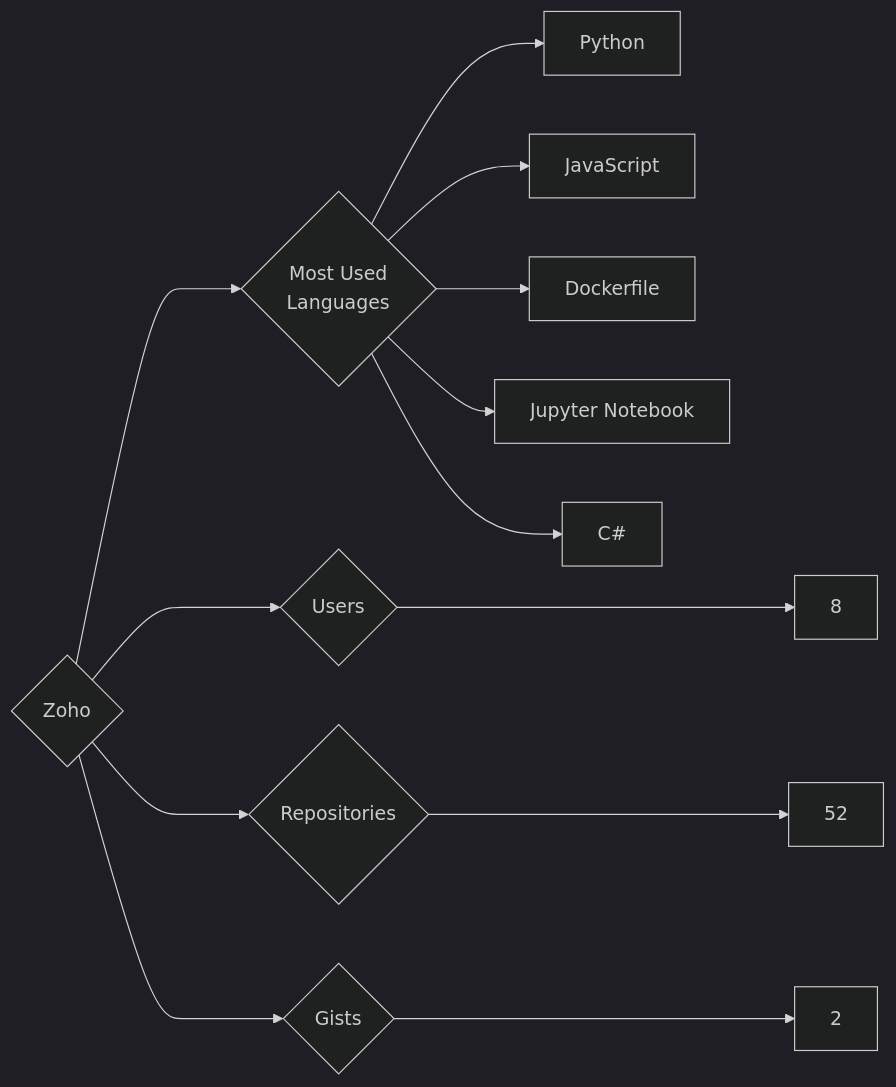
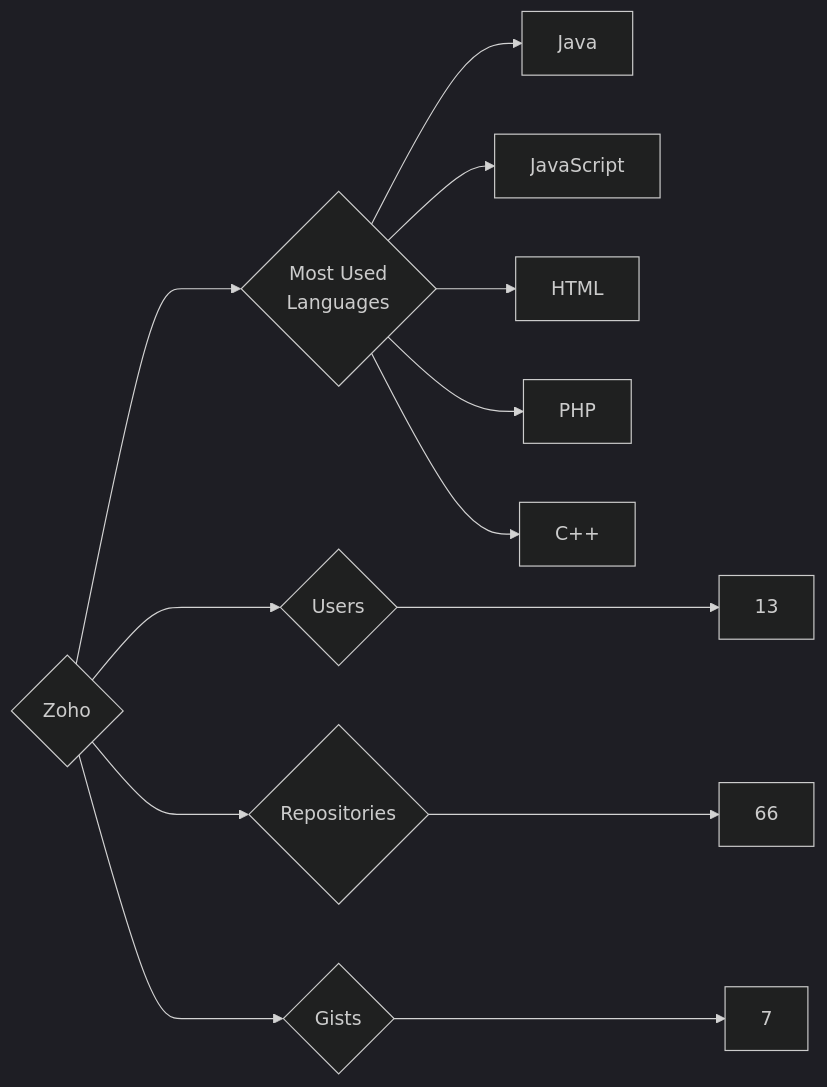
The diagram in targets/Zoho/README.md (trickest/insiders), drawn with Mermaid (dark theme) before and after one commit. The commit also changed 1508 other files, not shown here.

````diff
--- a/targets/Zoho/README.md
+++ b/targets/Zoho/README.md
@@ -3,13 +3,13 @@
 ```mermaid
 graph LR
 COMPANY_NAME{Zoho}
-COMPANY_NAME ---> U{Users} ---> UN[8]
-COMPANY_NAME ---> R{Repositories} ---> RN[52]
-COMPANY_NAME ---> G{Gists} ---> GN[2]
+COMPANY_NAME ---> U{Users} ---> UN[13]
+COMPANY_NAME ---> R{Repositories} ---> RN[66]
+COMPANY_NAME ---> G{Gists} ---> GN[7]
 COMPANY_NAME ---> ML{Most Used<br>Languages}
-ML --> Python[Python]
+ML --> Java[Java]
 ML --> JavaScript[JavaScript]
-ML --> Dockerfile[Dockerfile]
-ML --> Jupyter_Notebook[Jupyter Notebook]
-ML --> C#[C#]
+ML --> HTML[HTML]
+ML --> PHP[PHP]
+ML --> C++[C++]
 ```
````
